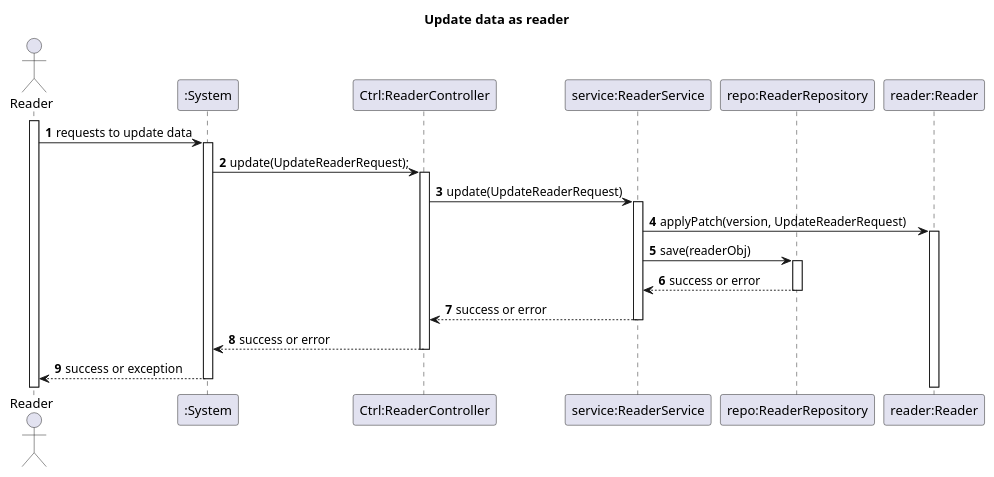
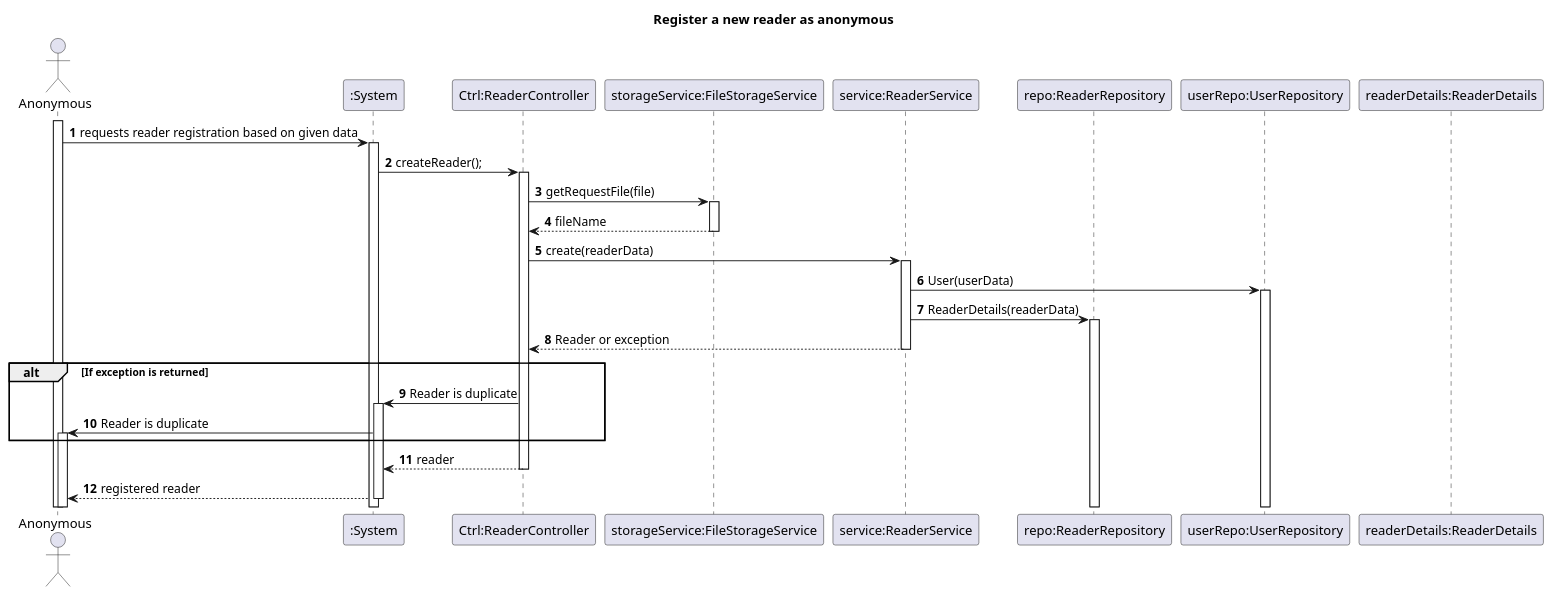
Before and after one commit to rutemf/1220944_1220772_G01: the diagram in Docs/Phase2/WP3B-Readers/Ph2-12-RegisterWithOptionalPhoto/SD.puml, drawn with PlantUML. The commit also changed 3 other files, not shown here.

```diff
--- a/Docs/Phase2/WP3B-Readers/Ph2-12-RegisterWithOptionalPhoto/SD.puml
+++ b/Docs/Phase2/WP3B-Readers/Ph2-12-RegisterWithOptionalPhoto/SD.puml
@@ -1,27 +1,37 @@
 @startuml
 'https://plantuml.com/sequence-diagram
 autoactivate on
 autonumber
 
-title Update data as reader
+title Register a new reader as anonymous
 
-actor "Reader" as Reader
+actor "Anonymous" as Anonymous
 participant ":System" as System
 participant "Ctrl:ReaderController" as Ctrl
+participant "storageService:FileStorageService" as FileStorageService
 participant "service:ReaderService" as Service
 participant "repo:ReaderRepository" as Repo
-participant "reader:Reader" as ReaderObj
+participant "userRepo:UserRepository" as UserRepository
+participant "readerDetails:ReaderDetails" as Reader
 
-activate Reader
+activate Anonymous
 
-Reader -> System: requests to update data
+Anonymous -> System: requests reader registration based on given data
 
-System -> Ctrl: update(UpdateReaderRequest);
-Ctrl -> Service: update(UpdateReaderRequest)
-Service -> ReaderObj: applyPatch(version, UpdateReaderRequest)
-Service -> Repo: save(readerObj)
-Repo --> Service: success or error
-Service --> Ctrl: success or error
-Ctrl --> System: success or error
-System --> Reader: success or exception
+System -> Ctrl: createReader();
+Ctrl -> FileStorageService: getRequestFile(file)
+FileStorageService --> Ctrl: fileName
+Ctrl -> Service: create(readerData)
+Service -> UserRepository: User(userData)
+Service -> Repo: ReaderDetails(readerData)
+Service --> Ctrl: Reader or exception
+
+alt If exception is returned
+    Ctrl -> System: Reader is duplicate
+    System -> Anonymous: Reader is duplicate
+end
+
+Ctrl --> System: reader
+System --> Anonymous: registered reader
+
 @enduml
```
